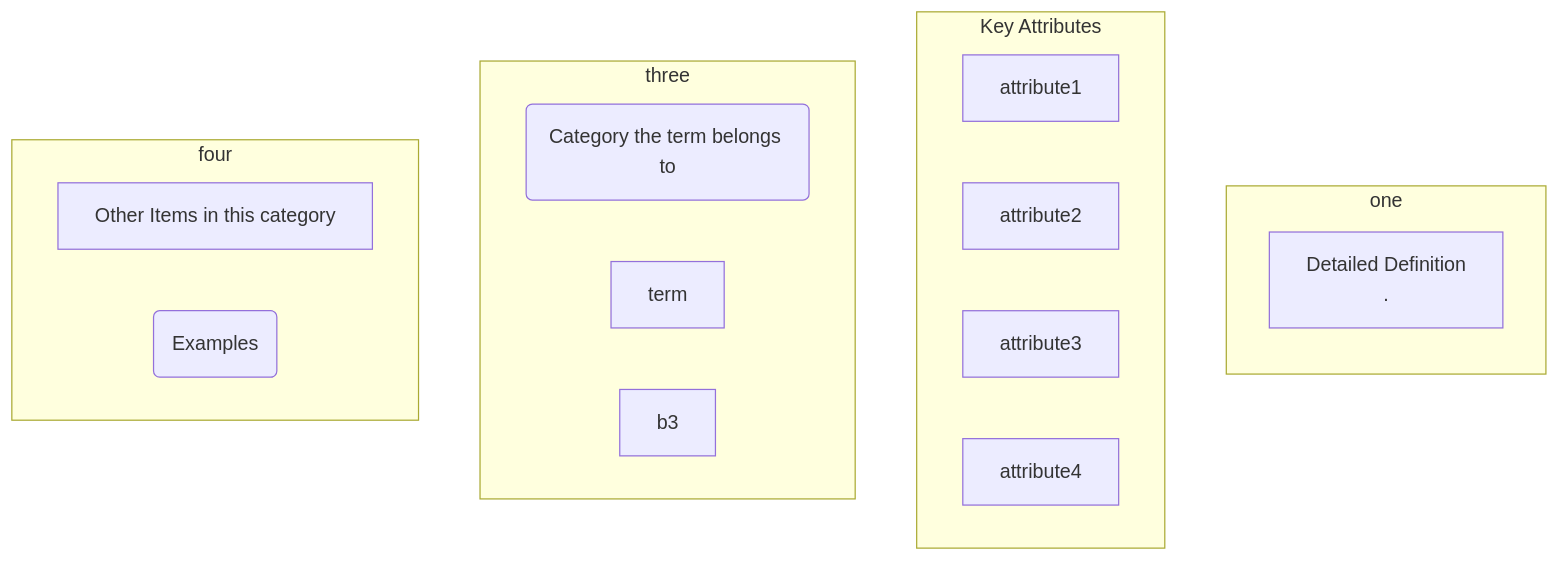
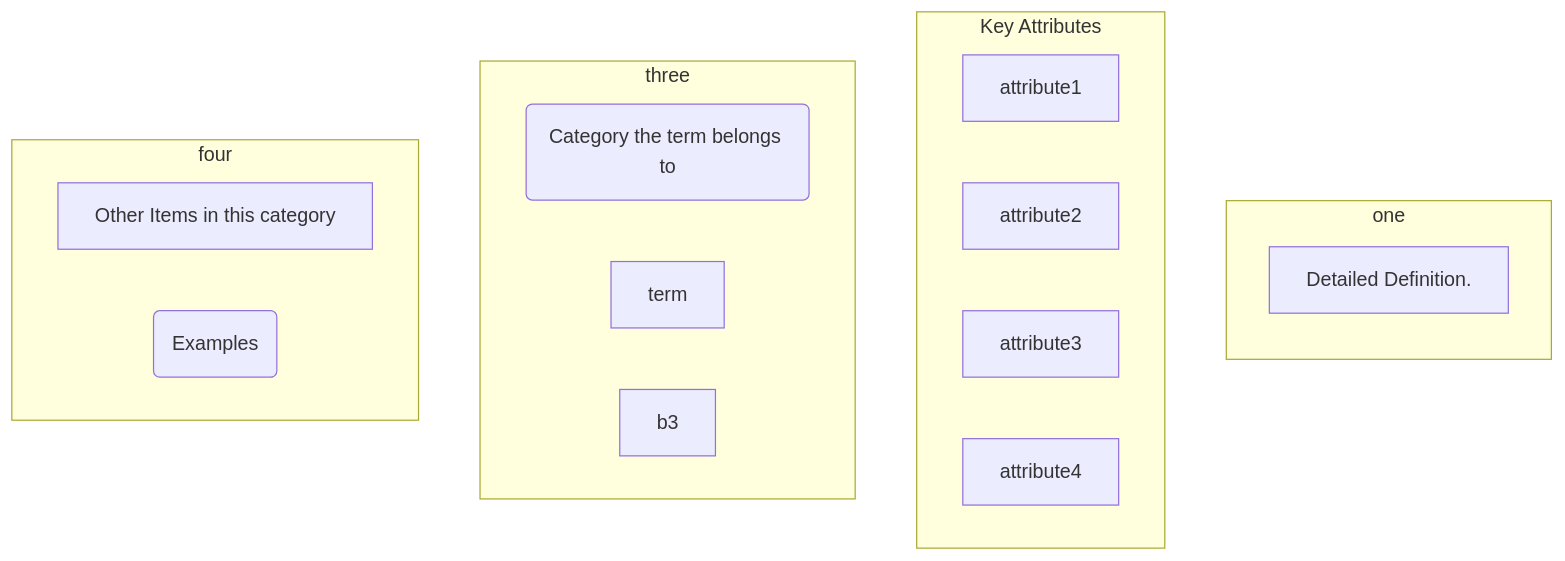
One commit to gerbssusd/dok changed the diagram in slides.md. Above: the diagram before and after it, drawn with Mermaid.

````diff
--- a/slides.md
+++ b/slides.md
@@ -217,31 +217,30 @@
 ```mermaid
 flowchart TB
     subgraph one 
      direction TB
-    a1[Detailed Definition
-.]
+    a1[Detailed Definition.]
      end
     subgraph Key Attributes
      d1[attribute1]
      d2[attribute2]
      d3[attribute3]
      d4[attribute4]
      end
     subgraph three
       direction LR
         b1(Category the term belongs to)
         b2[term]
         b3 
         end
     subgraph four
       direction LR
     c1[Other Items in this category] 
     c2(Examples)
     end
 
 
 
 
 
 
 ```
````
